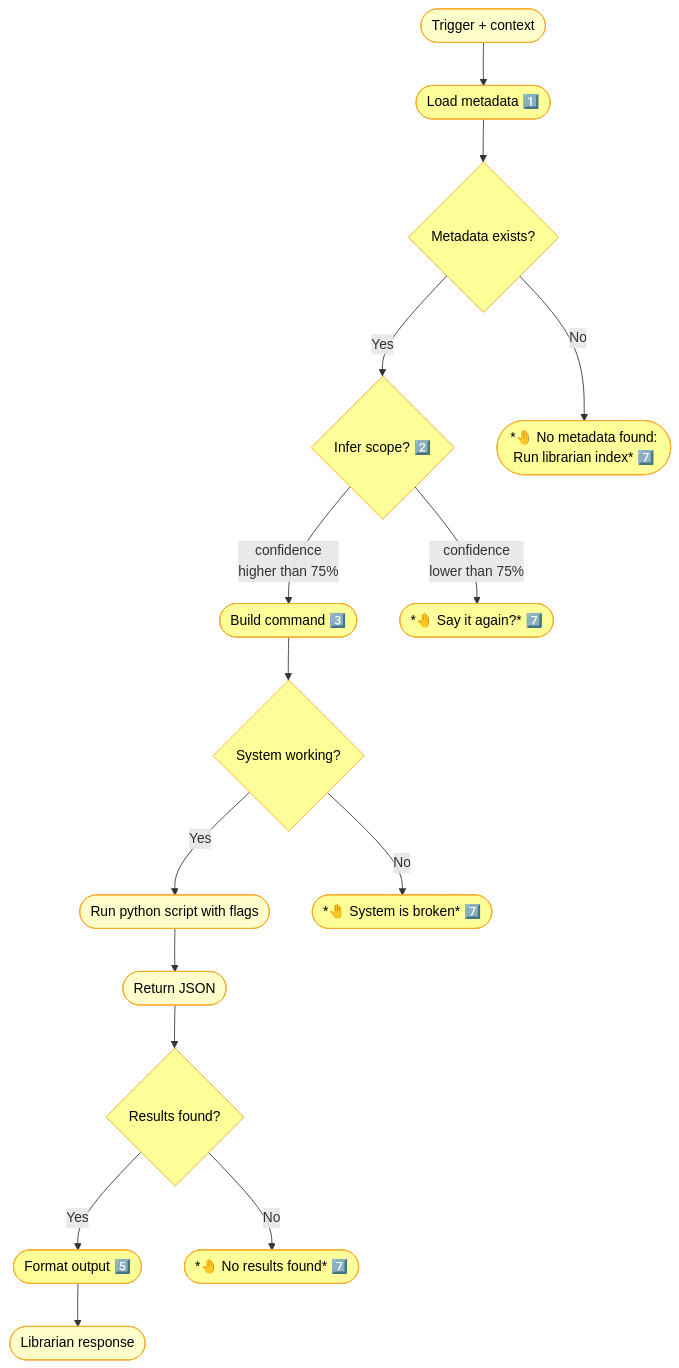
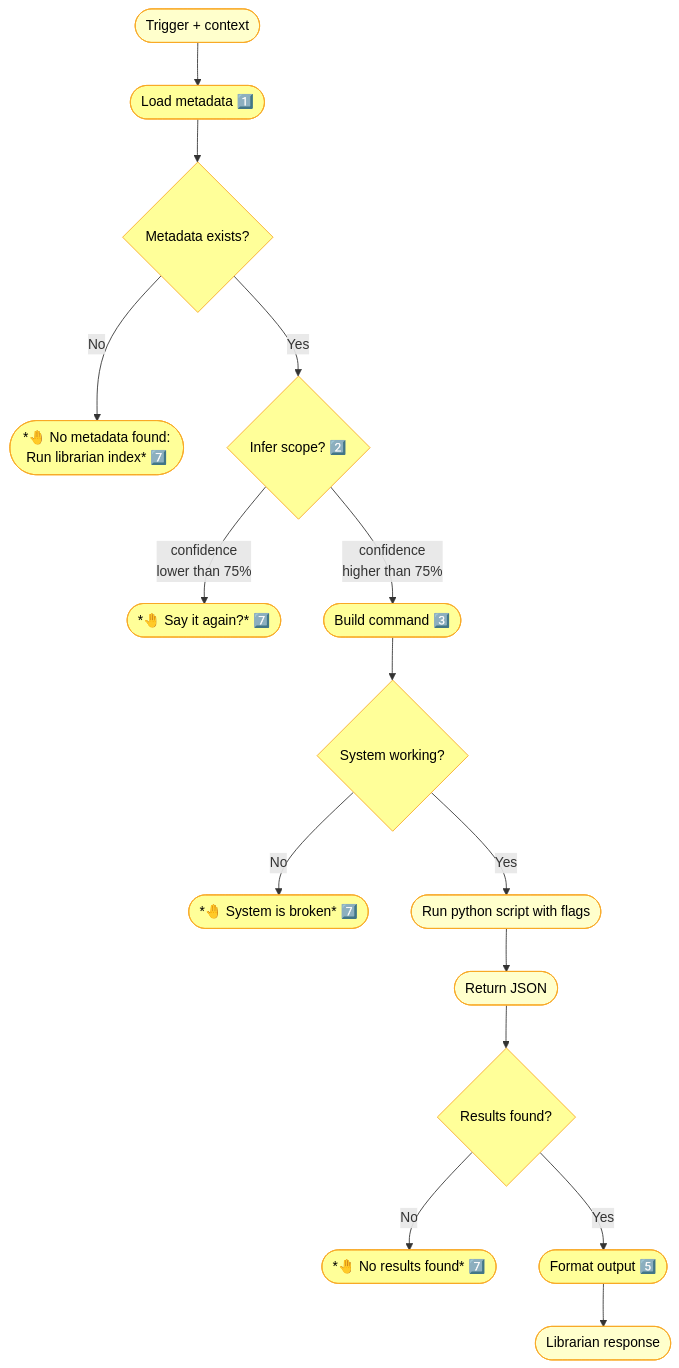
The diagram in backstage/epic-notes/v0.15.0-skill-protocol.md (nonlinear/librarian), drawn with Mermaid before and after one commit. The commit also changed other lines of this file, not shown here.

````diff
--- a/backstage/epic-notes/v0.15.0-skill-protocol.md
+++ b/backstage/epic-notes/v0.15.0-skill-protocol.md
@@ -3,41 +3,41 @@
 ```mermaid
 flowchart TB
     TRIGGER(["Trigger + context"])
     TRIGGER --> METADATA(["Load metadata 1️⃣"])
     METADATA --> CHECK{"Metadata exists?"}
     
+    CHECK -->|"No"| ERROR(["*🤚 No metadata found:<br>Run librarian index* 7️⃣"])
     CHECK -->|"Yes"| INFER{"Infer scope? 2️⃣"}
-    CHECK -->|"No"| ERROR(["*🤚 No metadata found:<br>Run librarian index* 7️⃣"])
     
+    INFER -->|"confidence<br>lower than 75%"| CLARIFY(["*🤚 Say it again?* 7️⃣"])
     INFER -->|"confidence<br>higher than 75%"| BUILD(["Build command 3️⃣"])
-    INFER -->|"confidence<br>lower than 75%"| CLARIFY(["*🤚 Say it again?* 7️⃣"])
     
     BUILD --> CHECK_SYSTEM{"System working?"}
     
+    CHECK_SYSTEM -->|"No"| BROKEN(["*🤚 System is broken* 7️⃣"])
     CHECK_SYSTEM -->|"Yes"| EXEC(["Run python script with flags"])
-    CHECK_SYSTEM -->|"No"| BROKEN(["*🤚 System is broken* 7️⃣"])
     
     EXEC --> JSON(["Return JSON"])
     JSON --> CHECK_RESULTS{"Results found?"}
     
+    CHECK_RESULTS -->|"No"| EMPTY(["*🤚 No results found* 7️⃣"])
     CHECK_RESULTS -->|"Yes"| FORMAT(["Format output 5️⃣"])
-    CHECK_RESULTS -->|"No"| EMPTY(["*🤚 No results found* 7️⃣"])
     
     FORMAT --> RESPONSE(["Librarian response"])
     
     style TRIGGER fill:#FFFFCC,stroke:#F9A825,color:#000
     style METADATA fill:#FFFF99,stroke:#F9A825,color:#000
     style INFER fill:#FFFF99,stroke:#F9A825,color:#000
     style CLARIFY fill:#FFFF99,stroke:#F9A825,color:#000
     style BUILD fill:#FFFF99,stroke:#F9A825,color:#000
     style EXEC fill:#FFFFCC,stroke:#F9A825,color:#000
     style JSON fill:#FFFFCC,stroke:#F9A825,color:#000
     style FORMAT fill:#FFFF99,stroke:#F9A825,color:#000
     style RESPONSE fill:#FFFFCC,stroke:#F9A825,color:#000
     style CHECK fill:#FFFF99,stroke:#F9A825,color:#000
     style ERROR fill:#FFFF99,stroke:#F9A825,color:#000
     style CHECK_SYSTEM fill:#FFFF99,stroke:#F9A825,color:#000
     style BROKEN fill:#FFFF99,stroke:#F9A825,color:#000
     style CHECK_RESULTS fill:#FFFF99,stroke:#F9A825,color:#000
     style EMPTY fill:#FFFF99,stroke:#F9A825,color:#000
 ```
````
